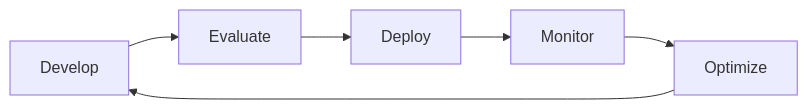
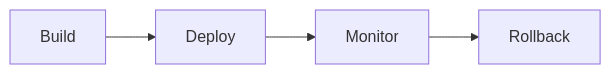
One commit to abdulsamad183/ai-engineering-playbook changed the diagram in domains/ai-deployment/foundations/01-production-ai-overview.md. Above: the diagram before and after it, drawn with Mermaid. The commit also changed other lines of this file and 127 other files, not shown here.

````diff
--- a/domains/ai-deployment/foundations/01-production-ai-overview.md
+++ b/domains/ai-deployment/foundations/01-production-ai-overview.md
@@ -23,8 +87,4 @@
 ```mermaid
 flowchart LR
-    DEV[Develop] --> EVAL[Evaluate]
-    EVAL --> DEPLOY[Deploy]
-    DEPLOY --> MON[Monitor]
-    MON --> OPT[Optimize]
-    OPT --> DEV
+  Build --> Deploy --> Monitor --> Rollback
 ```
````
